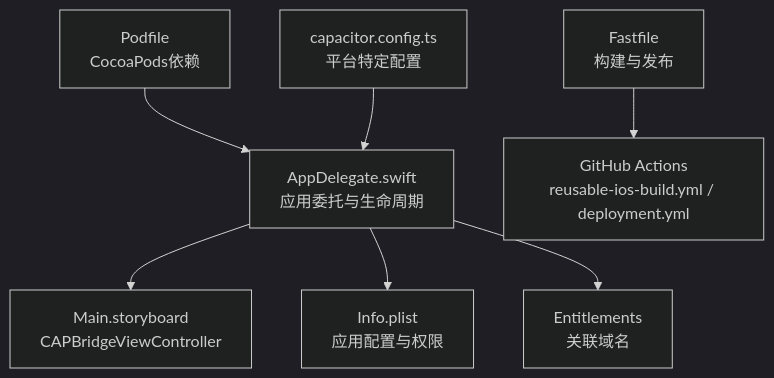
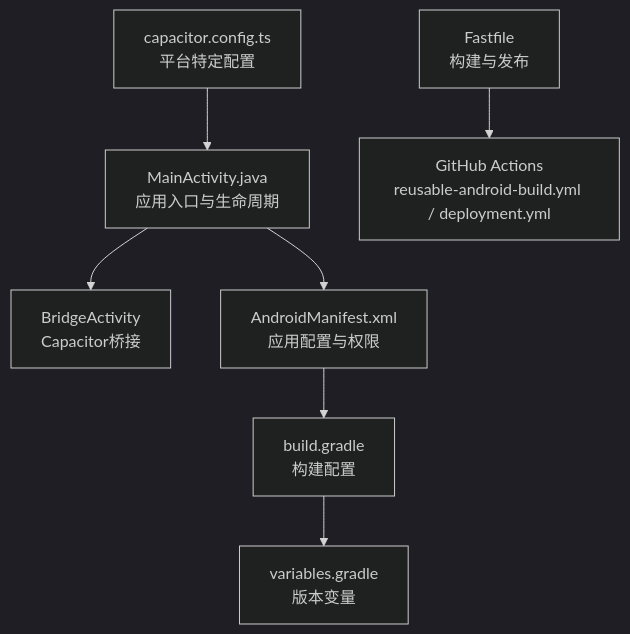
The second of 7 diagrams in .qoder/repowiki/zh/content/原生平台集成/iOS平台集成.md (dingxyang/Macro-Deck-Client-App), drawn with Mermaid (dark theme) before and after one commit. The commit also changed other lines of this file and 47 other files, not shown here.

````diff
--- a/.qoder/repowiki/zh/content/原生平台集成/iOS平台集成.md
+++ b/.qoder/repowiki/zh/content/原生平台集成/iOS平台集成.md
@@ -121,17 +126,17 @@
 ```mermaid
 graph TB
-App["AppDelegate.swift<br/>应用委托与生命周期"]
-Bridge["Main.storyboard<br/>CAPBridgeViewController"]
-Plist["Info.plist<br/>应用配置与权限"]
-Ent["Entitlements<br/>关联域名"]
-Pods["Podfile<br/>CocoaPods依赖"]
+App["MainActivity.java<br/>应用入口与生命周期"]
+Bridge["BridgeActivity<br/>Capacitor桥接"]
+Manifest["AndroidManifest.xml<br/>应用配置与权限"]
+Gradle["build.gradle<br/>构建配置"]
+Vars["variables.gradle<br/>版本变量"]
 CF["capacitor.config.ts<br/>平台特定配置"]
 FL["Fastfile<br/>构建与发布"]
-GH["GitHub Actions<br/>reusable-ios-build.yml / deployment.yml"]
+GH["GitHub Actions<br/>reusable-android-build.yml / deployment.yml"]
 App --> Bridge
-App --> Plist
-App --> Ent
-Pods --> App
+App --> Manifest
+Manifest --> Gradle
+Gradle --> Vars
 CF --> App
 FL --> GH
 ```
````
